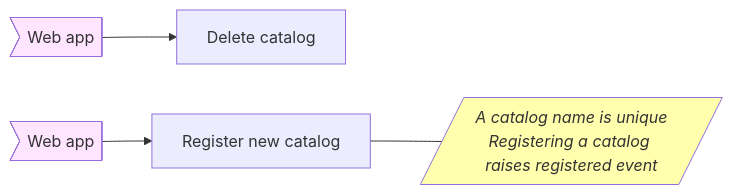
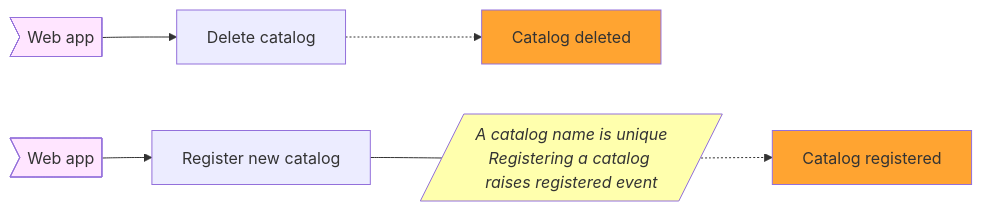
One commit to pierregillon/BoundedContextCanvasGenerator changed the first of 2 diagrams in src/SolutionExample/Example/bounded_context_canvas.md. Above: the diagram before and after it, drawn with Mermaid. The commit also changed other lines of this file and 22 other files, not shown here.

````diff
--- a/src/SolutionExample/Example/bounded_context_canvas.md
+++ b/src/SolutionExample/Example/bounded_context_canvas.md
@@ -31,16 +31,23 @@
 ```mermaid
 flowchart LR
     classDef collaborators fill:#FFE5FF;
+    classDef domainEvents fill:#FFA431;
     classDef policies fill:#FFFFAD, font-style:italic;
     CatalogApplicationCatalogDeleteCatalogCommand["Delete catalog"]
     CatalogApplicationCatalogDeleteCatalogCommandWebAppCollaborator>"Web app"]
     class CatalogApplicationCatalogDeleteCatalogCommandWebAppCollaborator collaborators;
+    CatalogDomainCatalogEventsCatalogDeleted["Catalog deleted"]
+    class CatalogDomainCatalogEventsCatalogDeleted domainEvents;
     CatalogApplicationCatalogRegisterNewCatalogCommand["Register new catalog"]
     CatalogApplicationCatalogRegisterNewCatalogCommandWebAppCollaborator>"Web app"]
     class CatalogApplicationCatalogRegisterNewCatalogCommandWebAppCollaborator collaborators;
     CatalogApplicationCatalogRegisterNewCatalogCommandPolicies[/"A catalog name is unique<br/>Registering a catalog raises registered event"/]
     class CatalogApplicationCatalogRegisterNewCatalogCommandPolicies policies;
+    CatalogDomainCatalogEventsCatalogRegistered["Catalog registered"]
+    class CatalogDomainCatalogEventsCatalogRegistered domainEvents;
     CatalogApplicationCatalogDeleteCatalogCommandWebAppCollaborator --> CatalogApplicationCatalogDeleteCatalogCommand
+    CatalogApplicationCatalogDeleteCatalogCommand -.-> CatalogDomainCatalogEventsCatalogDeleted
     CatalogApplicationCatalogRegisterNewCatalogCommandWebAppCollaborator --> CatalogApplicationCatalogRegisterNewCatalogCommand
     CatalogApplicationCatalogRegisterNewCatalogCommand --- CatalogApplicationCatalogRegisterNewCatalogCommandPolicies
+    CatalogApplicationCatalogRegisterNewCatalogCommandPolicies -.-> CatalogDomainCatalogEventsCatalogRegistered
 ```
````
